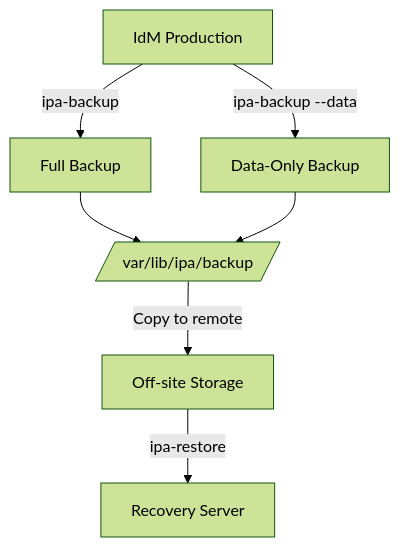
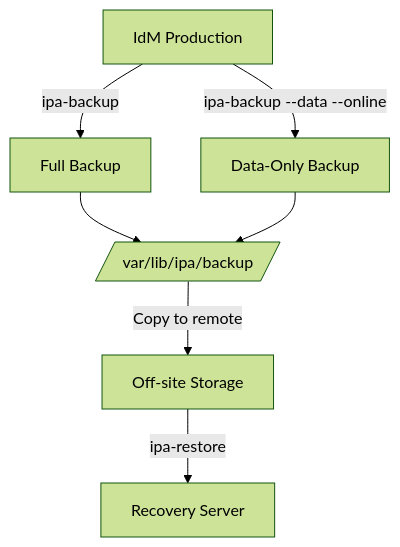
The diagram in posts/2026-03-04-idm-disaster-recovery-backup-strategies-rhel-9/README.md (OneUptime/blog), drawn with Mermaid (forest theme) before and after one commit. The commit also changed other lines of this file and 2 other files, not shown here.

Commit message:
validate: 2026-03-04-idm-disaster-recovery-backup-strategies-rhel-9

````diff
--- a/posts/2026-03-04-idm-disaster-recovery-backup-strategies-rhel-9/README.md
+++ b/posts/2026-03-04-idm-disaster-recovery-backup-strategies-rhel-9/README.md
@@ -15,9 +15,9 @@
 ```mermaid
 flowchart TD
     A[IdM Production] -->|ipa-backup| B[Full Backup]
-    A -->|ipa-backup --data| C[Data-Only Backup]
+    A -->|ipa-backup --data --online| C[Data-Only Backup]
     B --> D[/var/lib/ipa/backup/]
     C --> D
     D -->|Copy to remote| E[Off-site Storage]
     E -->|ipa-restore| F[Recovery Server]
 ```
````
